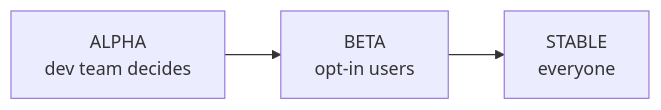
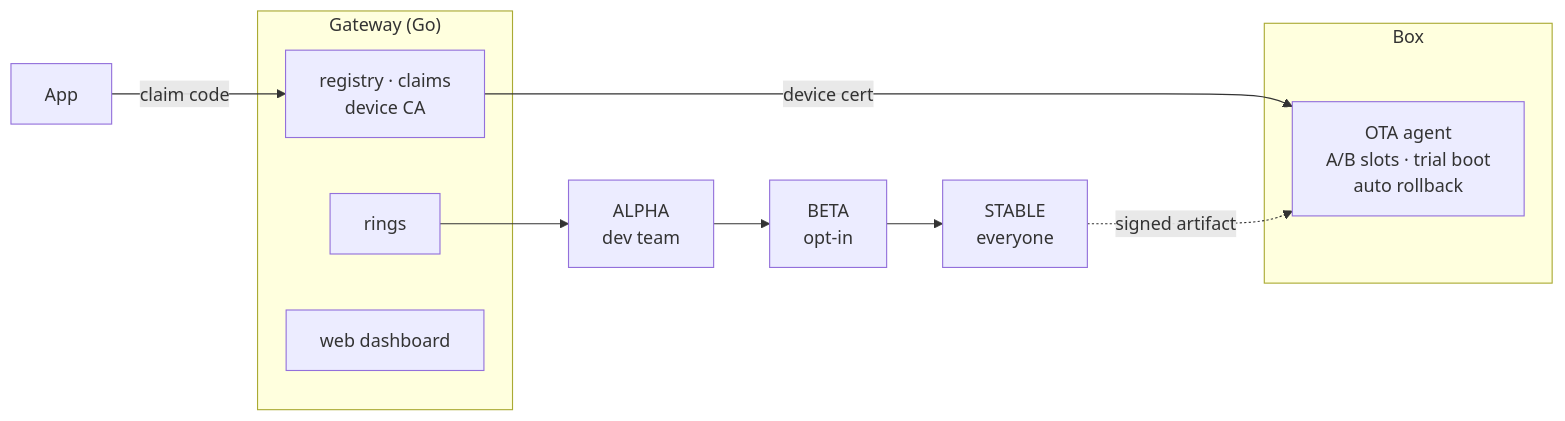
One commit to Asirive/Asirive-Cortex changed the sixth of 6 diagrams in README.md. Above: the diagram before and after it, drawn with Mermaid. The commit also changed other lines of this file and 2 other files, not shown here.

First line of the commit message:
README: V4 architecture, V3 archived

````diff
--- a/README.md
+++ b/README.md
@@ -171,4 +288,15 @@
 ```mermaid
 flowchart LR
-  A["ALPHA<br/>dev team decides"] --> B["BETA<br/>opt-in users"] --> C["STABLE<br/>everyone"]
+  subgraph DEV["Box"]
+    OTA["OTA agent<br/>A/B slots · trial boot<br/>auto rollback"]
+  end
+  subgraph CLOUD["Gateway (Go)"]
+    REG["registry · claims<br/>device CA"]
+    RINGS["rings"]
+    DASH["web dashboard"]
+  end
+  APP["App"] -- "claim code" --> REG
+  REG -- "device cert" --> OTA
+  RINGS --> A1["ALPHA<br/>dev team"] --> B1["BETA<br/>opt-in"] --> S1["STABLE<br/>everyone"]
+  S1 -. "signed artifact" .-> OTA
 ```
````
